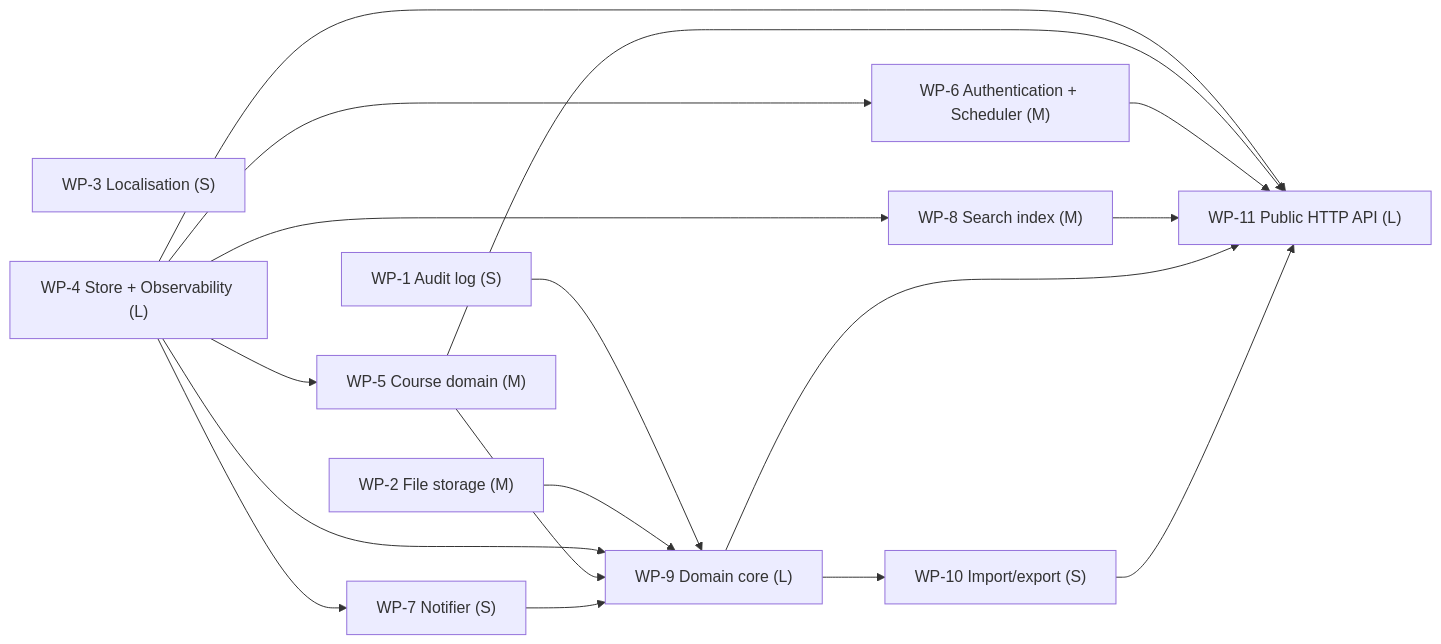
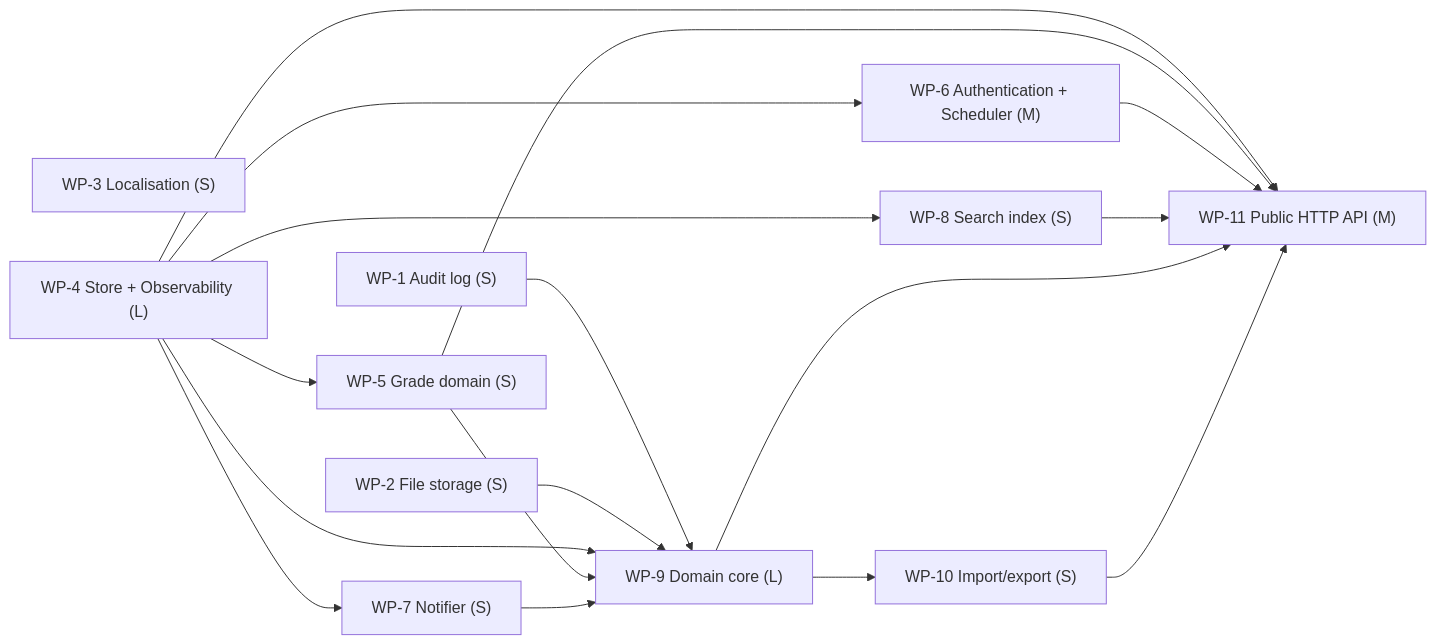
One commit to yui9696/sekkei changed the third of 3 diagrams in examples/eval2/gakushu.DESIGN.md. Above: the diagram before and after it, drawn with Mermaid. The commit also changed other lines of this file and 42 other files, not shown here.

````diff
--- a/examples/eval2/gakushu.DESIGN.md
+++ b/examples/eval2/gakushu.DESIGN.md
@@ -835,30 +829,30 @@
 ```mermaid
 graph LR
   WP_1["WP-1 Audit log (S)"]
-  WP_2["WP-2 File storage (M)"]
+  WP_2["WP-2 File storage (S)"]
   WP_3["WP-3 Localisation (S)"]
   WP_4["WP-4 Store + Observability (L)"]
-  WP_5["WP-5 Course domain (M)"]
+  WP_5["WP-5 Grade domain (S)"]
   WP_6["WP-6 Authentication + Scheduler (M)"]
   WP_7["WP-7 Notifier (S)"]
-  WP_8["WP-8 Search index (M)"]
+  WP_8["WP-8 Search index (S)"]
   WP_9["WP-9 Domain core (L)"]
   WP_10["WP-10 Import/export (S)"]
-  WP_11["WP-11 Public HTTP API (L)"]
+  WP_11["WP-11 Public HTTP API (M)"]
   WP_4 --> WP_5
   WP_4 --> WP_6
   WP_4 --> WP_7
   WP_4 --> WP_8
   WP_1 --> WP_9
   WP_2 --> WP_9
   WP_4 --> WP_9
   WP_5 --> WP_9
   WP_7 --> WP_9
   WP_9 --> WP_10
   WP_4 --> WP_11
   WP_5 --> WP_11
   WP_6 --> WP_11
   WP_8 --> WP_11
   WP_9 --> WP_11
   WP_10 --> WP_11
 ```
````
